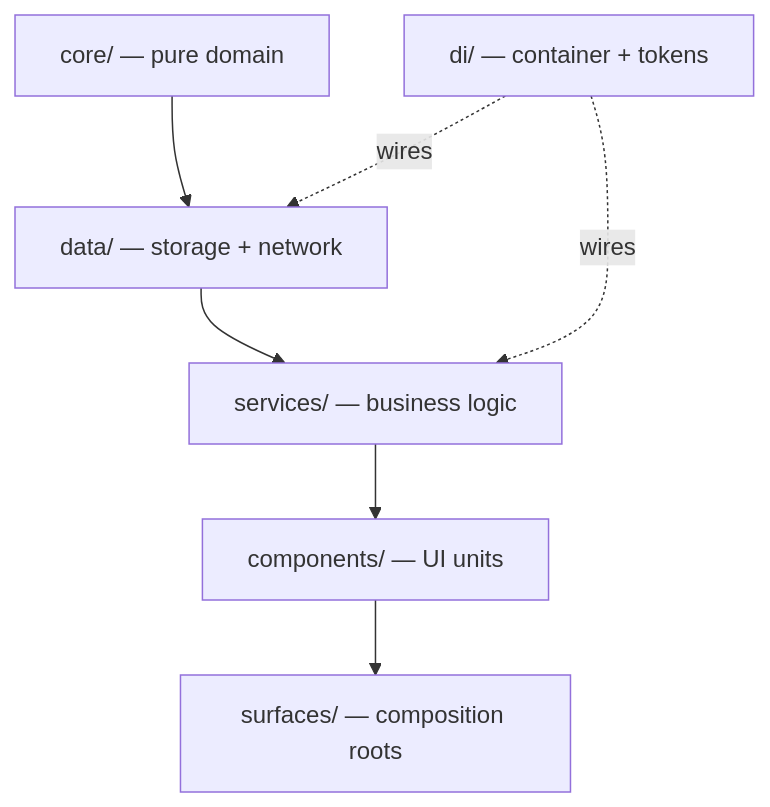
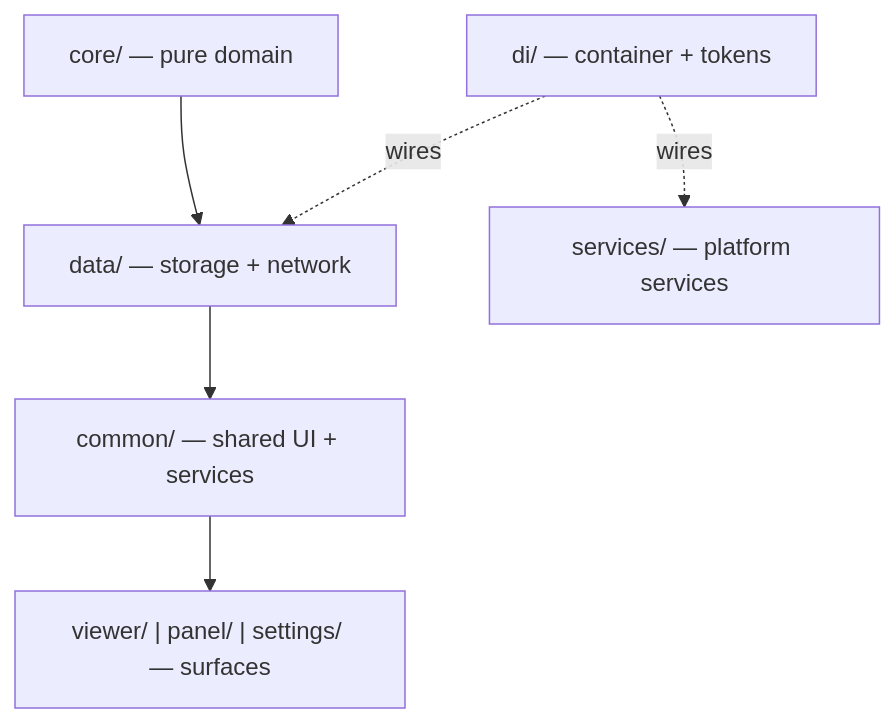
One commit to Abbas-Nagoor-Kani-BA/Autonomous-Reports-Engine changed the diagram in wiki/Architecture.md. Above: the diagram before and after it, drawn with Mermaid. The commit also changed other lines of this file and 18 other files, not shown here.

````diff
--- a/wiki/Architecture.md
+++ b/wiki/Architecture.md
@@ -9,9 +9,8 @@
 ```mermaid
 flowchart TD
     core[core/ — pure domain] --> data[data/ — storage + network]
-    data --> services[services/ — business logic]
-    services --> components[components/ — UI units]
-    components --> surfaces[surfaces/ — composition roots]
-    di[di/ — container + tokens] -.wires.-> services
-    di -.wires.-> data
+    data --> common[common/ — shared UI + services]
+    common --> surfaces["viewer/ | panel/ | settings/ — surfaces"]
+    di[di/ — container + tokens] -.wires.-> data
+    di -.wires.-> services[services/ — platform services]
 ```
````
